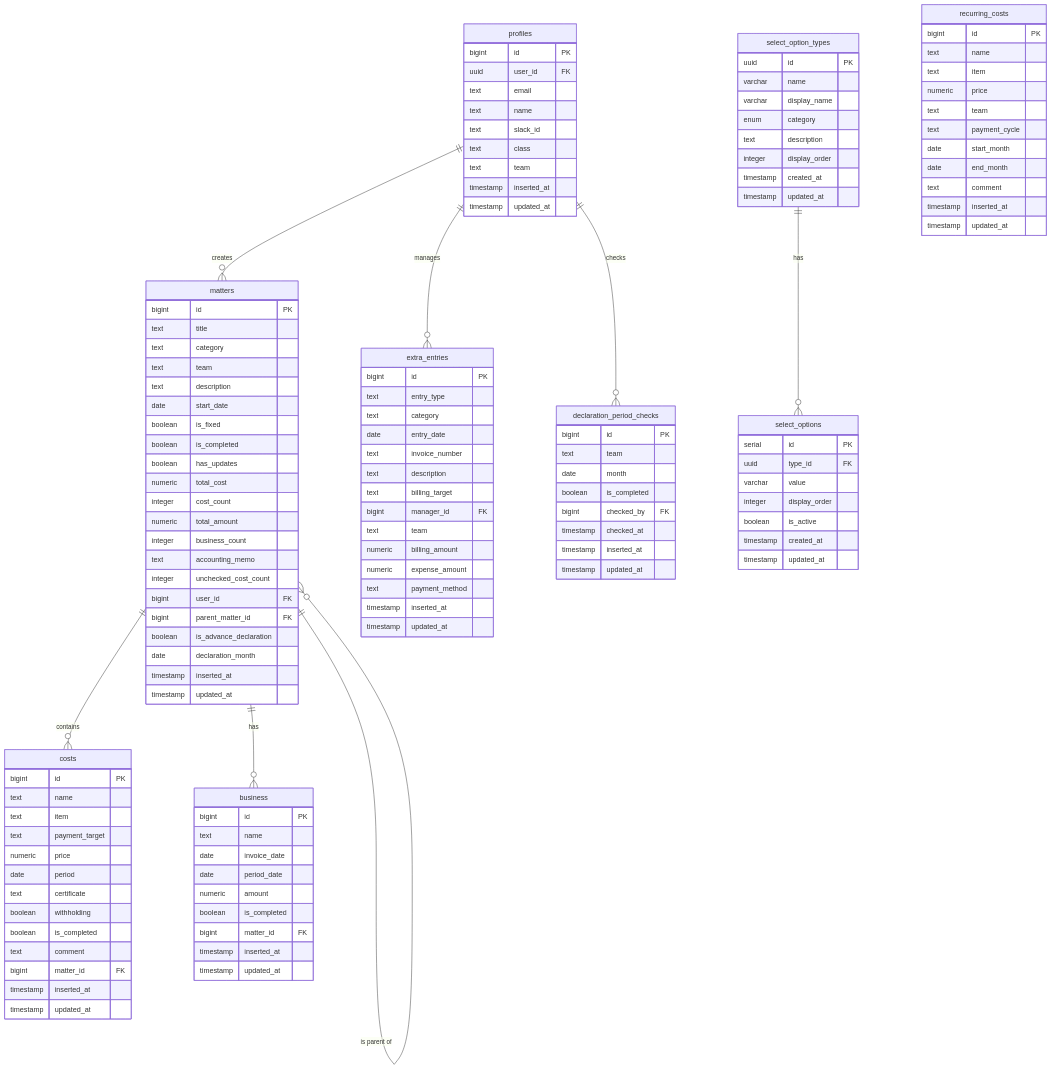
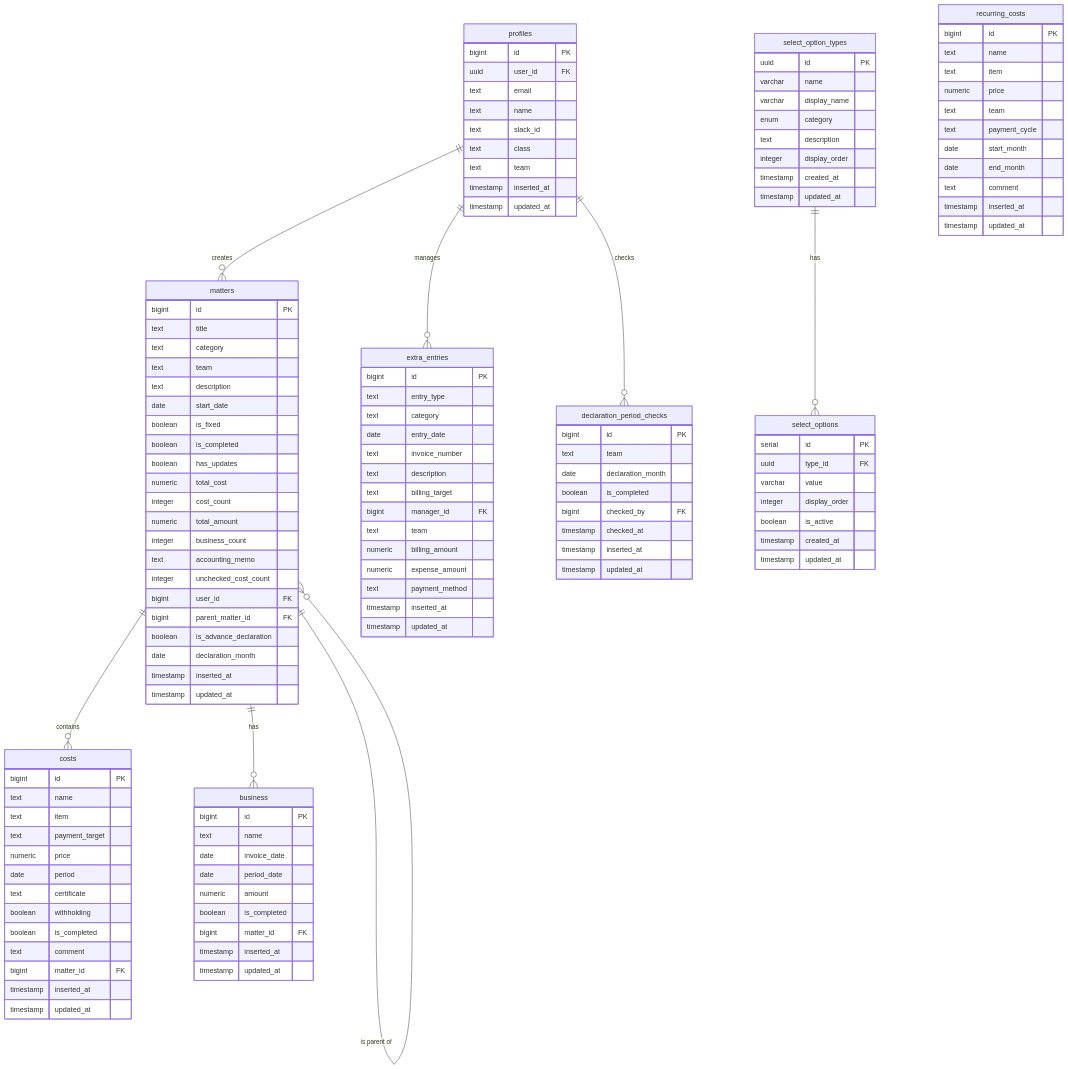
One commit to Singuralitylabs/accounting-system changed the diagram in docs/database.md. Above: the diagram before and after it, drawn with Mermaid. The commit also changed other lines of this file, not shown here.

```diff
--- a/docs/database.md
+++ b/docs/database.md
@@ -1016,7 +1051,7 @@
     declaration_period_checks {
         bigint id PK
         text team
-        date month
+        date declaration_month
         boolean is_completed
         bigint checked_by FK
         timestamp checked_at
```
